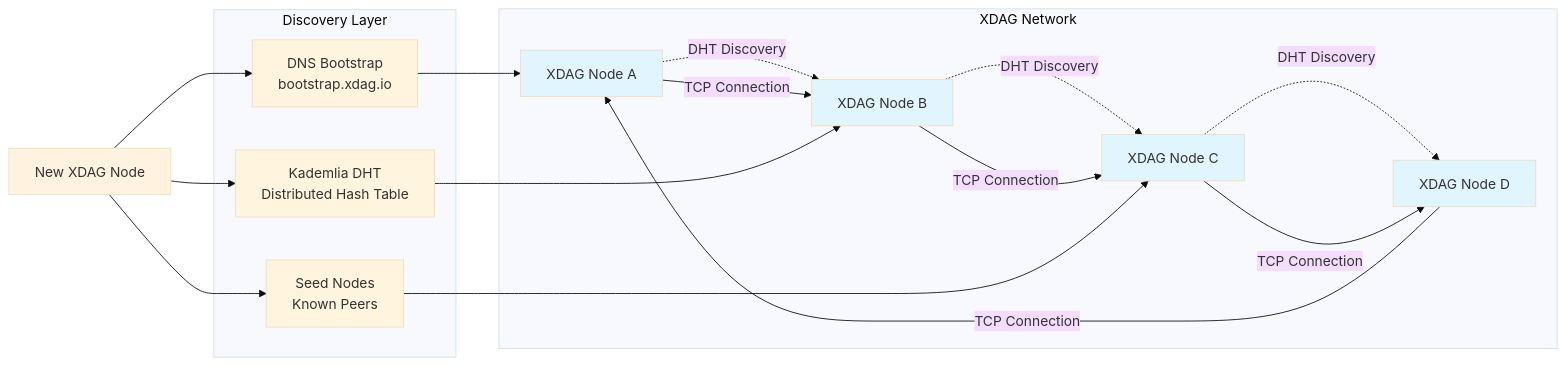
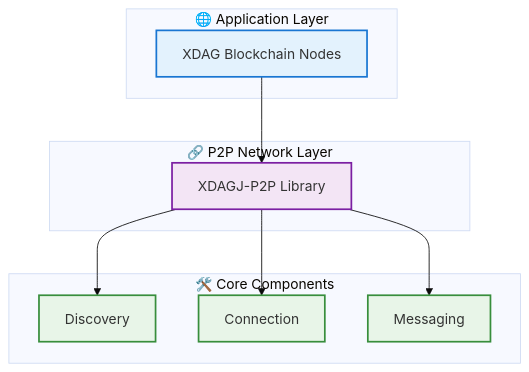
One commit to XDagger/xdagj-p2p changed the diagram in README.md. Above: the diagram before and after it, drawn with Mermaid (base theme). The commit also changed other lines of this file, not shown here.

Commit message:
Optimize README.md layout and formatting - Unified vertical layout for all technical sections, removed complex table layouts, simplified text format with consistent alignment, eliminated horizontal scrollbars for better readability and professional appearance

````diff
--- a/README.md
+++ b/README.md
@@ -230,28 +92,27 @@
 ```mermaid
-graph LR
-    subgraph "XDAG Network"
-        A[XDAG Node A] -.->|DHT Discovery| B[XDAG Node B]
-        B -.->|DHT Discovery| C[XDAG Node C]
-        C -.->|DHT Discovery| D[XDAG Node D]
-        A -->|TCP Connection| B
-        B -->|TCP Connection| C
-        C -->|TCP Connection| D
-        D -->|TCP Connection| A
+graph TB
+    subgraph "🌐 Application Layer"
+        A["XDAG Blockchain Nodes"]
     end
     
-    subgraph "Discovery Layer"
-        E[DNS Bootstrap<br/>bootstrap.xdag.io] --> A
-        F[Kademlia DHT<br/>Distributed Hash Table] --> B
-        G[Seed Nodes<br/>Known Peers] --> C
+    subgraph "🔗 P2P Network Layer"
+        B["XDAGJ-P2P Library"]
     end
     
-    H[New XDAG Node] --> E
-    H --> F
-    H --> G
+    subgraph "🛠️ Core Components"
+        C["Discovery"] 
+        D["Connection"]
+        E["Messaging"]
+    end
     
-    style A fill:#e1f5fe
-    style B fill:#e1f5fe
-    style C fill:#e1f5fe
-    style D fill:#e1f5fe
-    style H fill:#fff3e0
+    A --> B
+    B --> C
+    B --> D  
+    B --> E
+    
+    style A fill:#e3f2fd,stroke:#1976d2,stroke-width:2px
+    style B fill:#f3e5f5,stroke:#7b1fa2,stroke-width:2px
+    style C fill:#e8f5e8,stroke:#388e3c,stroke-width:2px
+    style D fill:#e8f5e8,stroke:#388e3c,stroke-width:2px
+    style E fill:#e8f5e8,stroke:#388e3c,stroke-width:2px
 ```
````
